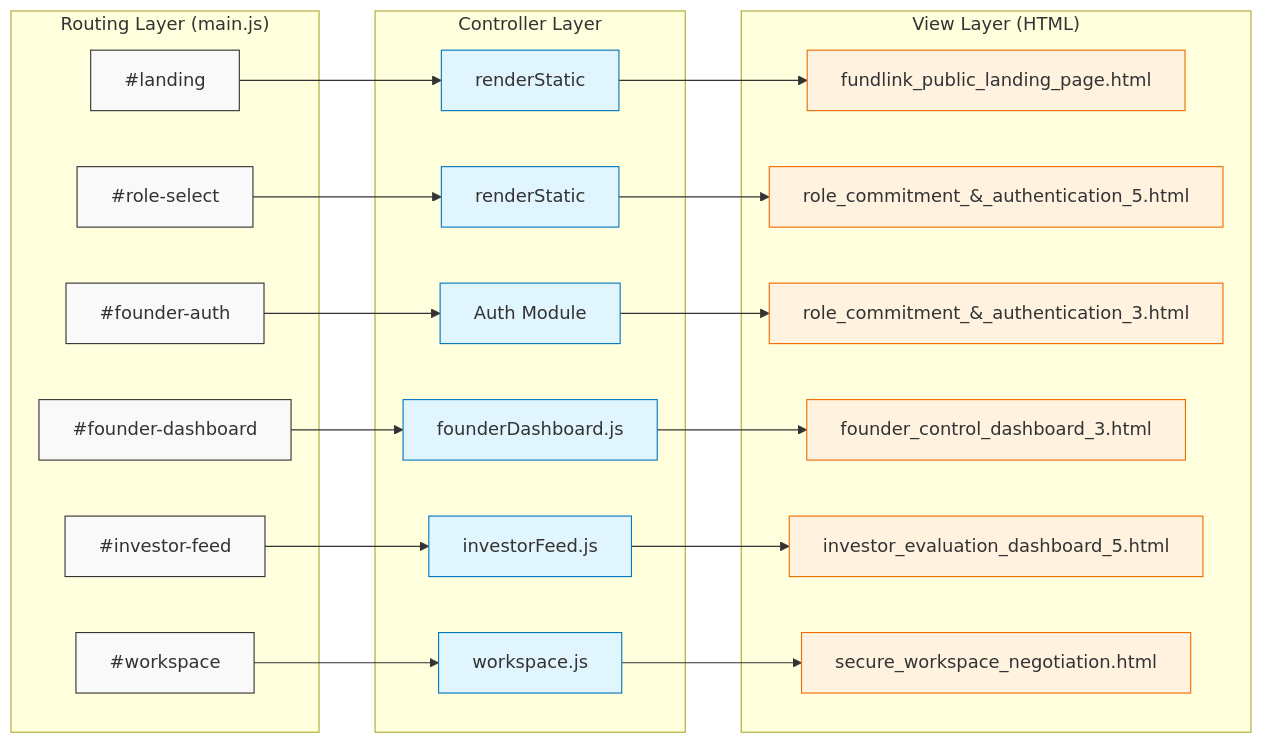
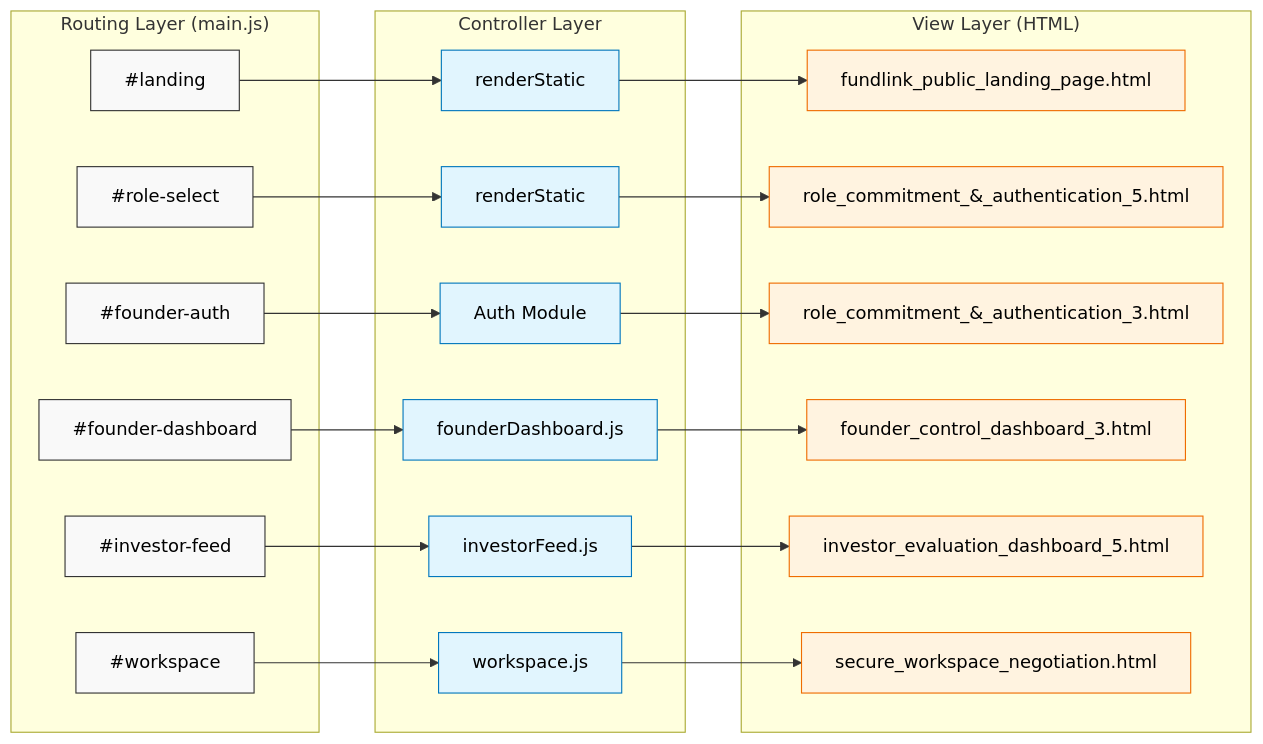
Before and after one commit to vickyPotheesh2004/FundLink---prod: the fourth of 4 diagrams in README.md, drawn with Mermaid. The commit also changed other lines of this file and 1 other file, not shown here.

````diff
--- a/README.md
+++ b/README.md
@@ -324,45 +324,45 @@
 ```mermaid
 graph LR
     subgraph "Routing Layer (main.js)"
         R1[#landing]
         R2[#role-select]
         R3[#founder-auth]
         R4[#founder-dashboard]
         R5[#investor-feed]
         R6[#workspace]
     end
 
     subgraph "Controller Layer"
         C1[renderStatic]
         C2[renderStatic]
         C3[Auth Module]
         C4[founderDashboard.js]
         C5[investorFeed.js]
         C6[workspace.js]
     end
 
     subgraph "View Layer (HTML)"
         V1[fundlink_public_landing_page.html]
         V2[role_commitment_&_authentication_5.html]
         V3[role_commitment_&_authentication_3.html]
         V4[founder_control_dashboard_3.html]
         V5[investor_evaluation_dashboard_5.html]
         V6[secure_workspace_negotiation.html]
     end
 
     %% Connections
     R1 --> C1 --> V1
     R2 --> C2 --> V2
     R3 --> C3 --> V3
     R4 --> C4 --> V4
     R5 --> C5 --> V5
     R6 --> C6 --> V6
 
-    classDef route fill:#f9f9f9,stroke:#333,stroke-width:1px;
-    classDef ctrl fill:#e1f5fe,stroke:#0277bd,stroke-width:1px;
-    classDef view fill:#fff3e0,stroke:#ef6c00,stroke-width:1px;
+    classDef route fill:#f9f9f9,stroke:#333,stroke-width:1px,color:#000;
+    classDef ctrl fill:#e1f5fe,stroke:#0277bd,stroke-width:1px,color:#000;
+    classDef view fill:#fff3e0,stroke:#ef6c00,stroke-width:1px,color:#000;
 
     class R1,R2,R3,R4,R5,R6 route;
     class C1,C2,C3,C4,C5,C6 ctrl;
     class V1,V2,V3,V4,V5,V6 view;
 ```
````
